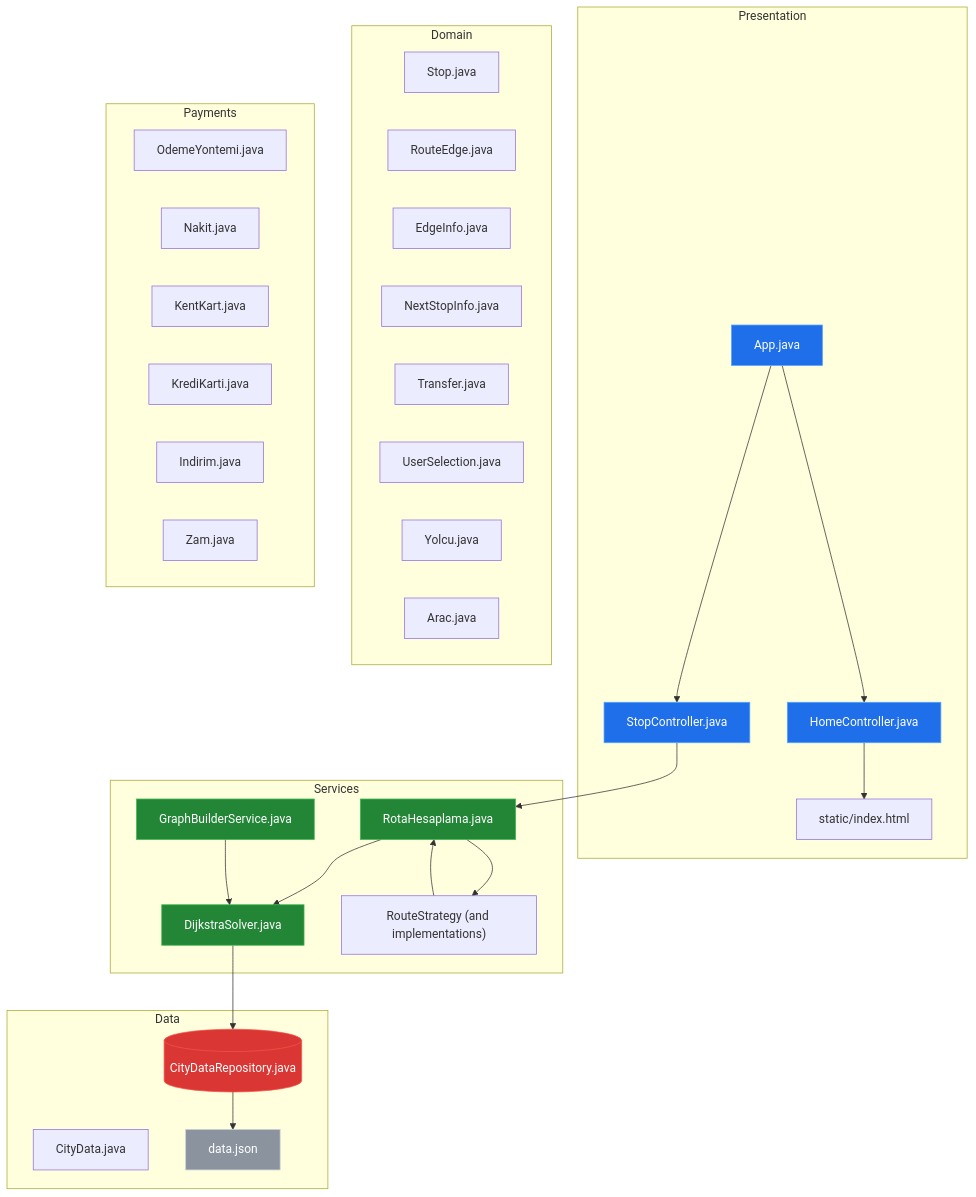
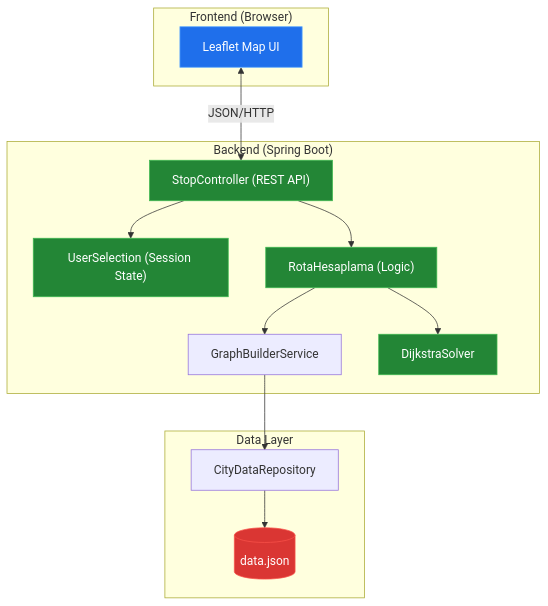
Before and after one commit to YusuffBulbul/Izmit_sehir_ici_ulasim: the second of 5 diagrams in README_ARCH.md, drawn with Mermaid. The commit also changed other lines of this file, not shown here.

Commit message:
docs: update architecture blueprint and code review for Izmit_sehir_ici_ulasim

````diff
--- a/README_ARCH.md
+++ b/README_ARCH.md
@@ -20,57 +50,35 @@
 ```mermaid
 flowchart TD
-subgraph Presentation
-APP["App.java"]
-HOME["HomeController.java"]
-STOP["StopController.java"]
-STATIC["static/index.html"]
-end
-subgraph Services
-GRAPH["GraphBuilderService.java"]
-ROTA["RotaHesaplama.java"]
-DIJK["DijkstraSolver.java"]
-STRATEGIES["RouteStrategy (and implementations)"]
-end
-subgraph Domain
-STO["Stop.java"]
-EDGE["RouteEdge.java"]
-EDGEINFO["EdgeInfo.java"]
-NEXT["NextStopInfo.java"]
-TRANSFER["Transfer.java"]
-USERSEL["UserSelection.java"]
-YOLCU["Yolcu.java"]
-ARAC["Arac.java"]
-end
-subgraph Payments
-PAY_IFACE["OdemeYontemi.java"]
-NAKIT["Nakit.java"]
-KENT["KentKart.java"]
-KREDI["KrediKarti.java"]
-INDIRIM["Indirim.java"]
-ZAM["Zam.java"]
-end
-subgraph Data
-CITYREPO[("CityDataRepository.java")]
-CITYDATA["CityData.java"]
-DATAFILE["data.json"]
-end
-APP --> HOME
-APP --> STOP
-HOME --> STATIC
-STOP --> ROTA
-ROTA --> DIJK
-DIJK --> CITYREPO
-CITYREPO --> DATAFILE
-STRATEGIES --> ROTA
-GRAPH --> DIJK
-ROTA --> STRATEGIES
-style APP fill:#1f6feb,stroke:#58a6ff,color:#fff
-style HOME fill:#1f6feb,stroke:#58a6ff,color:#fff
-style STOP fill:#1f6feb,stroke:#58a6ff,color:#fff
-style GRAPH fill:#238636,stroke:#3fb950,color:#fff
-style ROTA fill:#238636,stroke:#3fb950,color:#fff
-style DIJK fill:#238636,stroke:#3fb950,color:#fff
-style CITYREPO fill:#da3633,stroke:#f85149,color:#fff
-style DATAFILE fill:#8b949e,stroke:#c9d1d9,color:#fff
+    subgraph Frontend ["Frontend (Browser)"]
+        UI["Leaflet Map UI"]
+    end
+
+    subgraph Backend ["Backend (Spring Boot)"]
+        SC["StopController (REST API)"]
+        US["UserSelection (Session State)"]
+        RH["RotaHesaplama (Logic)"]
+        GB["GraphBuilderService"]
+        DS["DijkstraSolver"]
+    end
+
+    subgraph DataLayer ["Data Layer"]
+        CDR["CityDataRepository"]
+        JSON[("data.json")]
+    end
+
+    UI <-->|"JSON/HTTP"| SC
+    SC --> US
+    SC --> RH
+    RH --> GB
+    RH --> DS
+    GB --> CDR
+    CDR --> JSON
+
+    style UI fill:#1f6feb,stroke:#58a6ff,color:#fff
+    style SC fill:#238636,stroke:#3fb950,color:#fff
+    style US fill:#238636,stroke:#3fb950,color:#fff
+    style RH fill:#238636,stroke:#3fb950,color:#fff
+    style DS fill:#238636,stroke:#3fb950,color:#fff
+    style JSON fill:#da3633,stroke:#f85149,color:#fff
 
 ```
````
